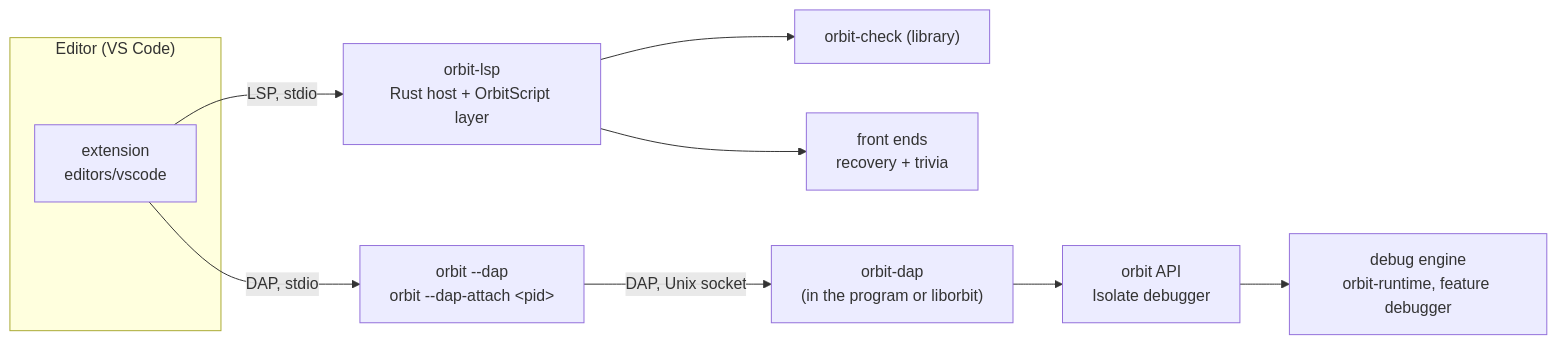
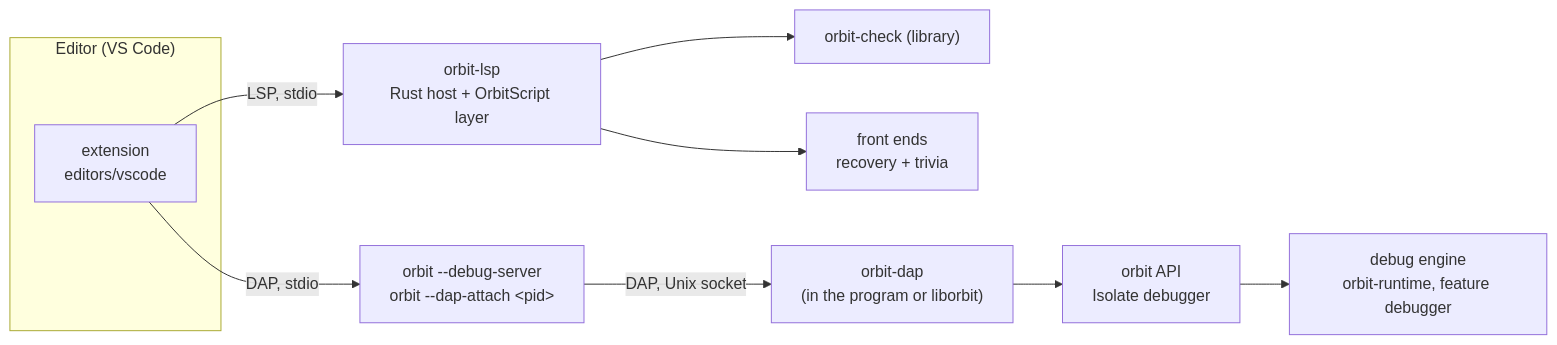
The diagram in docs/adr/0012-developer-tooling.md (orbitscript-lang/OrbitScript), drawn with Mermaid before and after one commit. The commit also changed other lines of this file and 8 other files, not shown here.

First line of the commit message:
Rename orbit --dap to orbit --debug-server

````diff
--- a/docs/adr/0012-developer-tooling.md
+++ b/docs/adr/0012-developer-tooling.md
@@ -15,13 +15,13 @@
 ```mermaid
 flowchart LR
     subgraph editor["Editor (VS Code)"]
         ext["extension<br/>editors/vscode"]
     end
     ext -- "LSP, stdio" --> lsp["orbit-lsp<br/>Rust host + OrbitScript layer"]
     lsp --> check["orbit-check (library)"]
     lsp --> syn["front ends<br/>recovery + trivia"]
-    ext -- "DAP, stdio" --> cli["orbit --dap<br/>orbit --dap-attach &lt;pid&gt;"]
+    ext -- "DAP, stdio" --> cli["orbit --debug-server<br/>orbit --dap-attach &lt;pid&gt;"]
     cli -- "DAP, Unix socket" --> dap["orbit-dap<br/>(in the program or liborbit)"]
     dap --> api["orbit API<br/>Isolate debugger"]
     api --> eng["debug engine<br/>orbit-runtime, feature debugger"]
 ```
````
